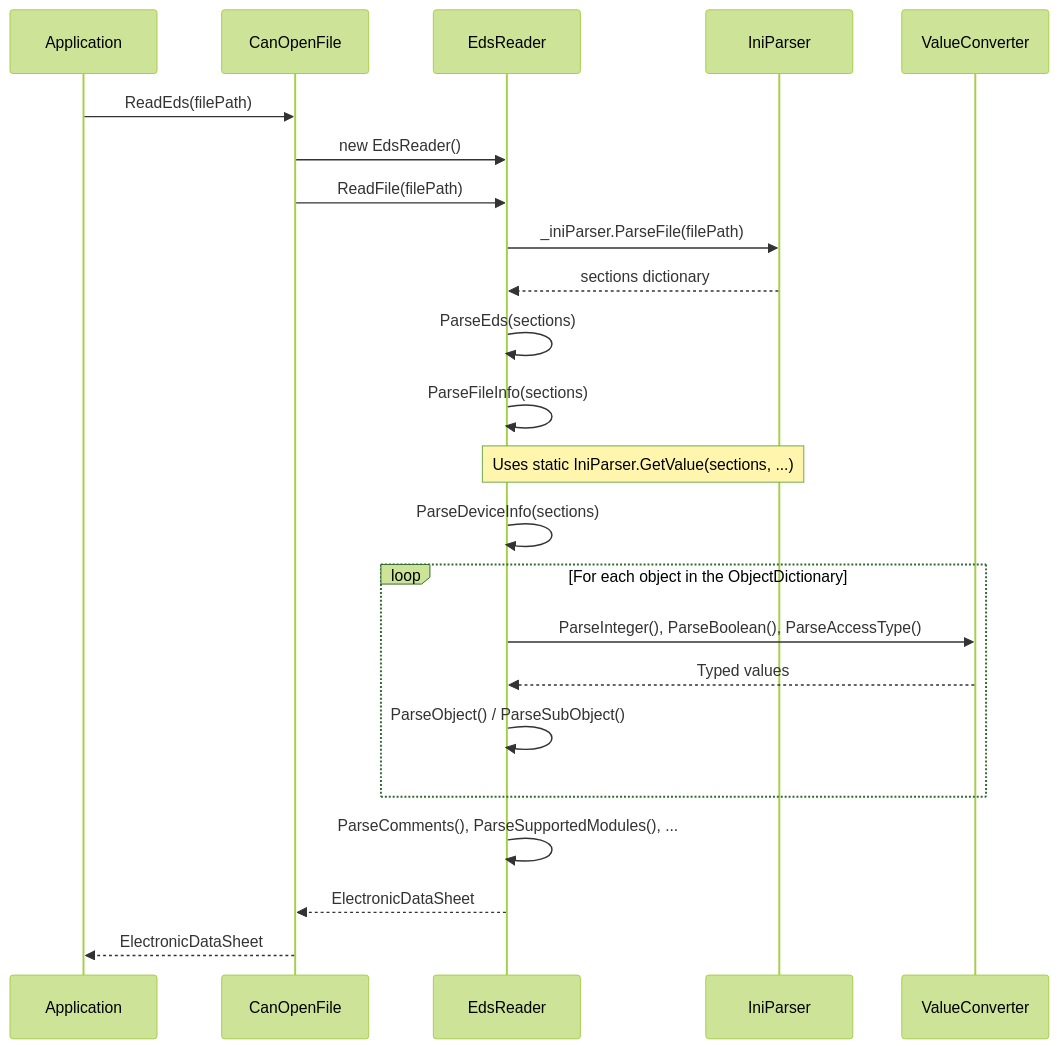
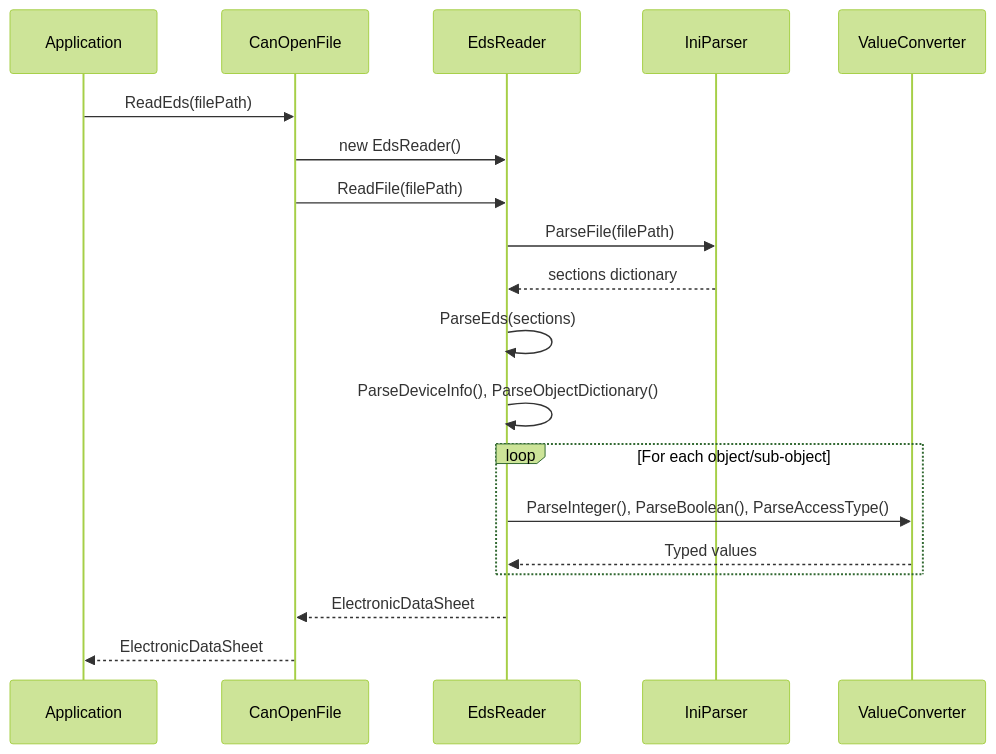
One commit to dborgards/eds-dcf-net changed the first of 7 diagrams in docs/architecture/06-runtime-view.md. Above: the diagram before and after it, drawn with Mermaid (forest theme). The commit also changed other lines of this file and 14 other files, not shown here.

Commit message:
docs: align readme and architecture with current format support (#65)

````diff
--- a/docs/architecture/06-runtime-view.md
+++ b/docs/architecture/06-runtime-view.md
@@ -7,28 +5,24 @@
 ```mermaid
 sequenceDiagram
     participant App as Application
     participant CF as CanOpenFile
     participant ER as EdsReader
     participant IP as IniParser
     participant VC as ValueConverter
 
     App->>CF: ReadEds(filePath)
     CF->>ER: new EdsReader()
     CF->>ER: ReadFile(filePath)
-    ER->>IP: _iniParser.ParseFile(filePath)
+    ER->>IP: ParseFile(filePath)
     IP-->>ER: sections dictionary
     ER->>ER: ParseEds(sections)
-    ER->>ER: ParseFileInfo(sections)
-    Note over ER,IP: Uses static IniParser.GetValue(sections, ...)
-    ER->>ER: ParseDeviceInfo(sections)
+    ER->>ER: ParseDeviceInfo(), ParseObjectDictionary()
 
-    loop For each object in the ObjectDictionary
+    loop For each object/sub-object
         ER->>VC: ParseInteger(), ParseBoolean(), ParseAccessType()
         VC-->>ER: Typed values
-        ER->>ER: ParseObject() / ParseSubObject()
     end
 
-    ER->>ER: ParseComments(), ParseSupportedModules(), ...
     ER-->>CF: ElectronicDataSheet
     CF-->>App: ElectronicDataSheet
 ```
````
